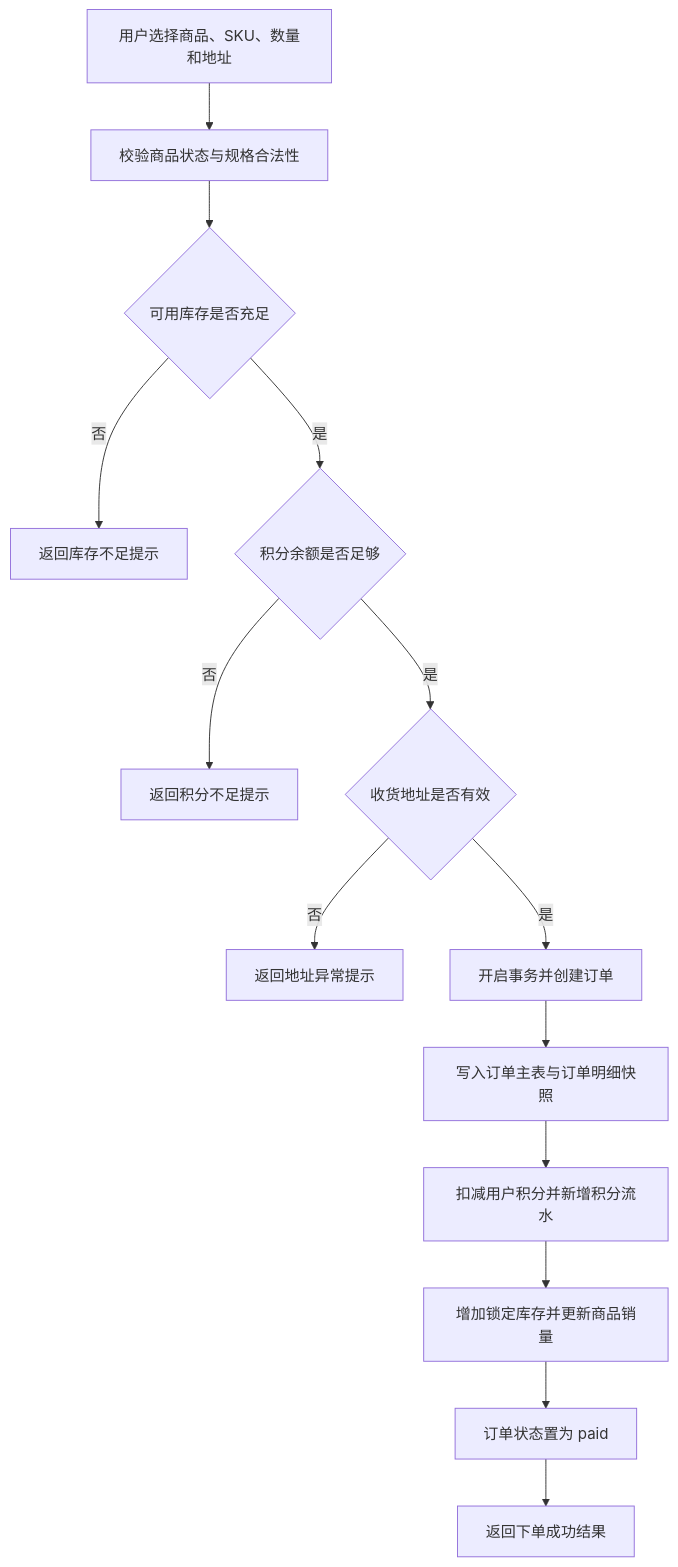
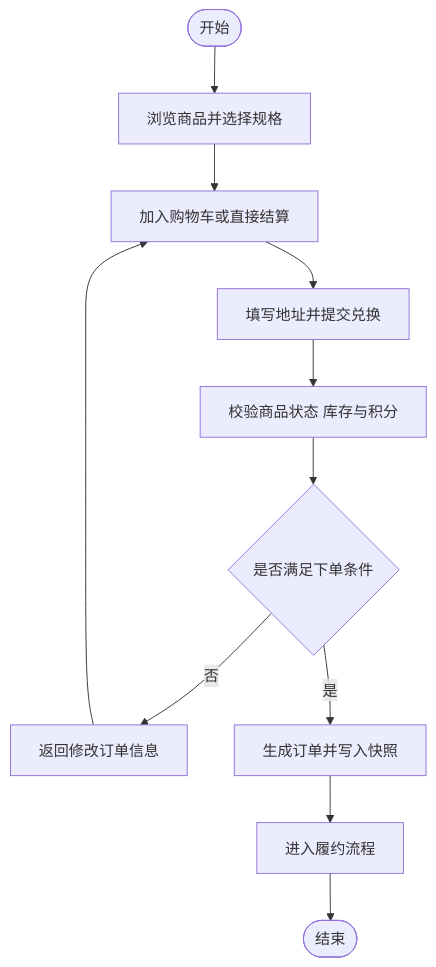
Before and after one commit to oasis-AI/3-cmpm-system: the third of 7 diagrams in thesis/lunwen.md, drawn with Mermaid. The commit also changed other lines of this file and 6 other files, not shown here.

````diff
--- a/thesis/lunwen.md
+++ b/thesis/lunwen.md
@@ -355,16 +371,13 @@
 ```mermaid
 flowchart TD
-	A["用户选择商品、SKU、数量和地址"] --> B["校验商品状态与规格合法性"]
-	B --> C{"可用库存是否充足"}
-	C -- 否 --> C1["返回库存不足提示"]
-	C -- 是 --> D{"积分余额是否足够"}
-	D -- 否 --> D1["返回积分不足提示"]
-	D -- 是 --> E{"收货地址是否有效"}
-	E -- 否 --> E1["返回地址异常提示"]
-	E -- 是 --> F["开启事务并创建订单"]
-	F --> G["写入订单主表与订单明细快照"]
-	G --> H["扣减用户积分并新增积分流水"]
-	H --> I["增加锁定库存并更新商品销量"]
-	I --> J["订单状态置为 paid"]
-	J --> K["返回下单成功结果"]
+	A(["开始"]) --> B["浏览商品并选择规格"]
+	B --> C["加入购物车或直接结算"]
+	C --> D["填写地址并提交兑换"]
+	D --> E["校验商品状态 库存与积分"]
+	E --> F{"是否满足下单条件"}
+	F -- 否 --> G["返回修改订单信息"]
+	G --> C
+	F -- 是 --> H["生成订单并写入快照"]
+	H --> K["进入履约流程"]
+	K --> L(["结束"])
 ```
````
